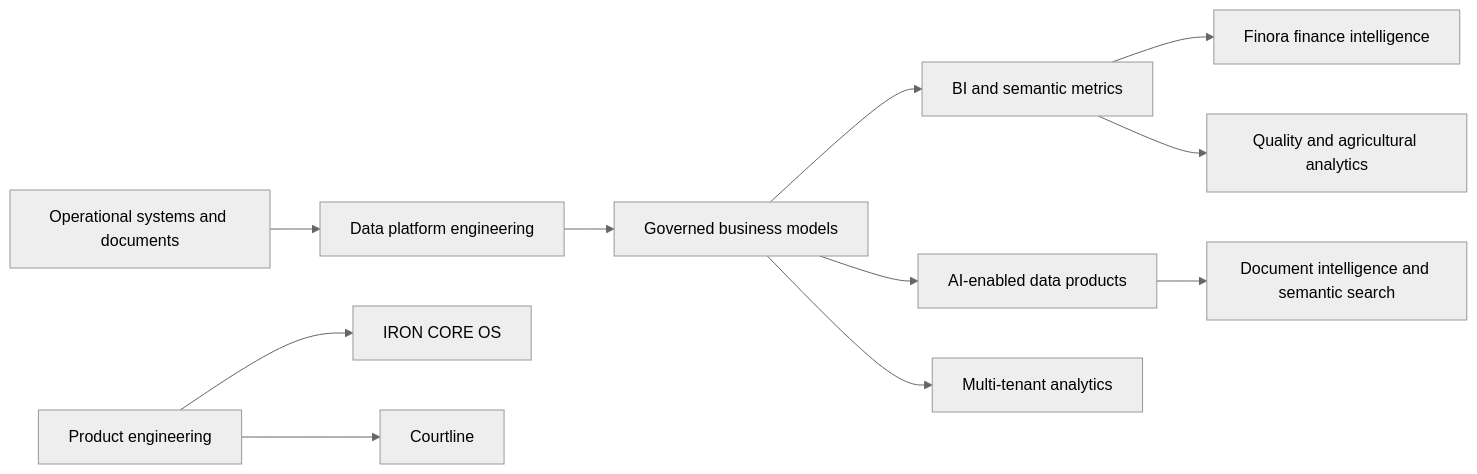
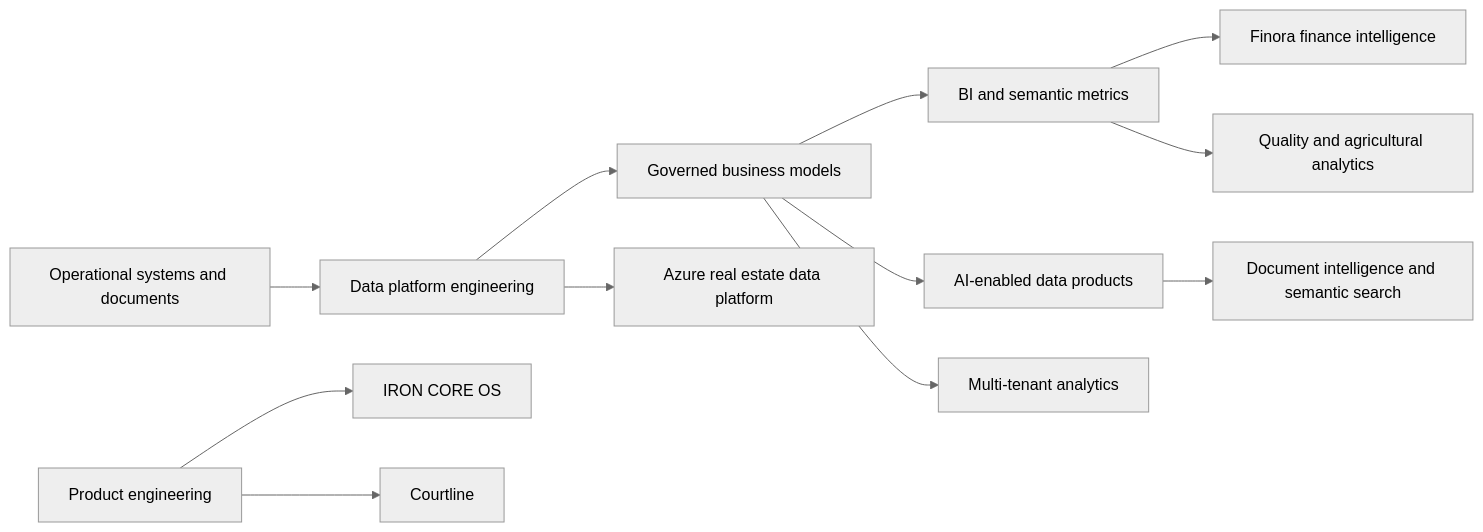
The diagram in README.md (Hamzabakh1/hamzabakh1), drawn with Mermaid (neutral theme) before and after one commit. The commit also changed other lines of this file, not shown here.

Commit message:
docs: feature Azure real estate data platform

````diff
--- a/README.md
+++ b/README.md
@@ -38,15 +39,16 @@
 ```mermaid
 flowchart LR
     Sources[Operational systems and documents] --> Platform[Data platform engineering]
     Platform --> Models[Governed business models]
     Models --> BI[BI and semantic metrics]
     Models --> AI[AI-enabled data products]
 
     BI --> Finora[Finora finance intelligence]
+    Platform --> Azure[Azure real estate data platform]
     BI --> Quality[Quality and agricultural analytics]
     Models --> MultiTenant[Multi-tenant analytics]
     AI --> Documents[Document intelligence and semantic search]
 
     Product[Product engineering] --> Iron[IRON CORE OS]
     Product --> Courtline[Courtline]
 ```
````
